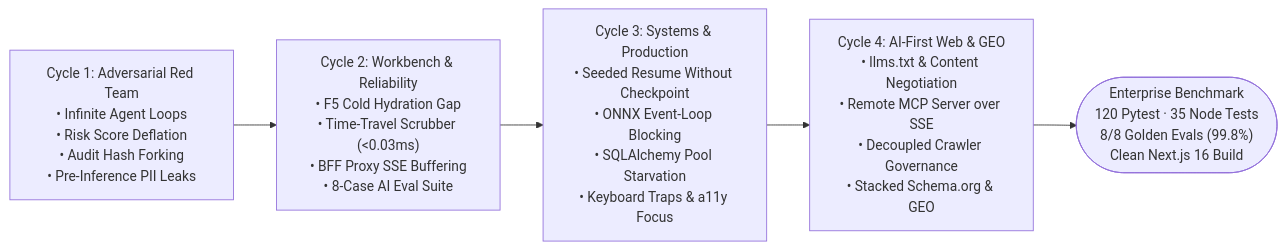
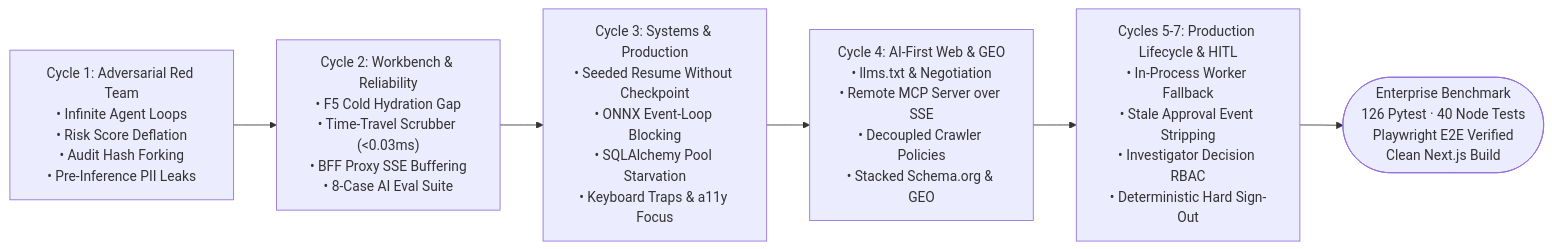
One commit to thiago-terceiro/sentinelflow changed the first of 5 diagrams in docs/architecture-review.md. Above: the diagram before and after it, drawn with Mermaid. The commit also changed other lines of this file, not shown here.

Commit message:
docs: add Cycle 7 architectural findings, generalize review timeline, and convert links to relative paths

````diff
--- a/docs/architecture-review.md
+++ b/docs/architecture-review.md
@@ -13,10 +13,11 @@
 ```mermaid
 flowchart LR
     Phase1["Cycle 1: Adversarial Red Team<br/>• Infinite Agent Loops<br/>• Risk Score Deflation<br/>• Audit Hash Forking<br/>• Pre-Inference PII Leaks"]
     Phase2["Cycle 2: Workbench & Reliability<br/>• F5 Cold Hydration Gap<br/>• Time-Travel Scrubber (<0.03ms)<br/>• BFF Proxy SSE Buffering<br/>• 8-Case AI Eval Suite"]
     Phase3["Cycle 3: Systems & Production<br/>• Seeded Resume Without Checkpoint<br/>• ONNX Event-Loop Blocking<br/>• SQLAlchemy Pool Starvation<br/>• Keyboard Traps & a11y Focus"]
-    Phase4["Cycle 4: AI-First Web & GEO<br/>• llms.txt & Content Negotiation<br/>• Remote MCP Server over SSE<br/>• Decoupled Crawler Governance<br/>• Stacked Schema.org & GEO"]
-    Prod(["Enterprise Benchmark<br/>120 Pytest · 35 Node Tests<br/>8/8 Golden Evals (99.8%)<br/>Clean Next.js 16 Build"])
+    Phase4["Cycle 4: AI-First Web & GEO<br/>• llms.txt & Negotiation<br/>• Remote MCP Server over SSE<br/>• Decoupled Crawler Policies<br/>• Stacked Schema.org & GEO"]
+    Phase5["Cycles 5-7: Production Lifecycle & HITL<br/>• In-Process Worker Fallback<br/>• Stale Approval Event Stripping<br/>• Investigator Decision RBAC<br/>• Deterministic Hard Sign-Out"]
+    Prod(["Enterprise Benchmark<br/>126 Pytest · 40 Node Tests<br/>Playwright E2E Verified<br/>Clean Next.js Build"])
 
-    Phase1 --> Phase2 --> Phase3 --> Phase4 --> Prod
+    Phase1 --> Phase2 --> Phase3 --> Phase4 --> Phase5 --> Prod
 ```
````
